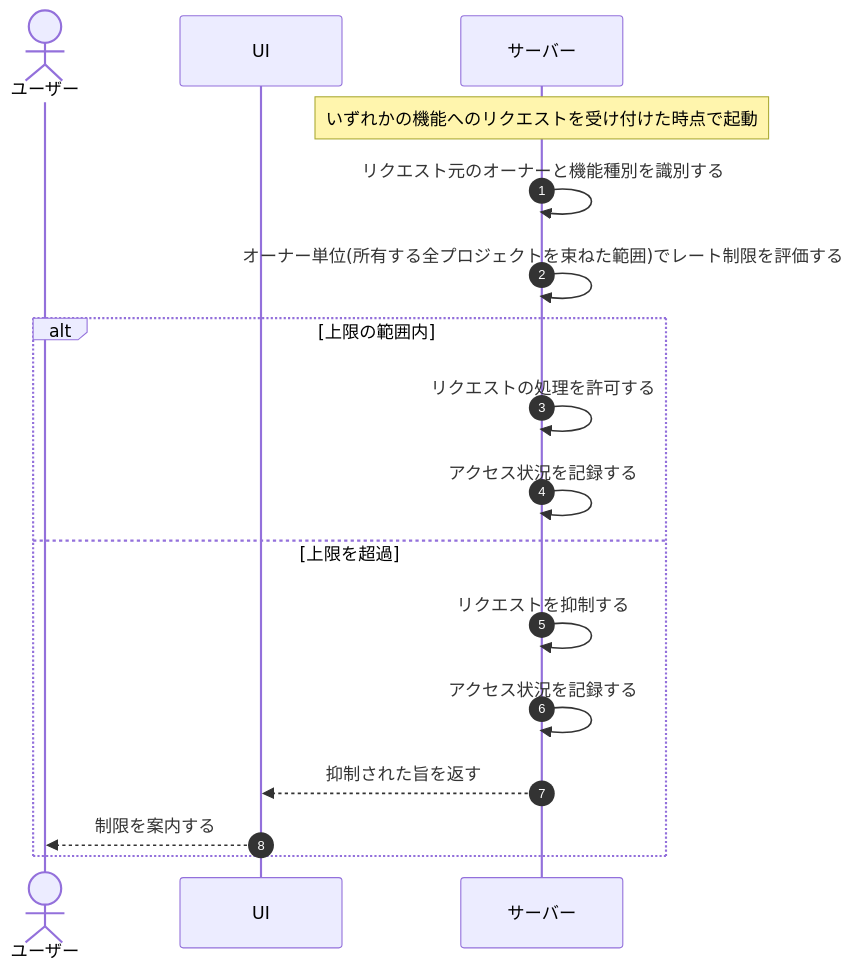
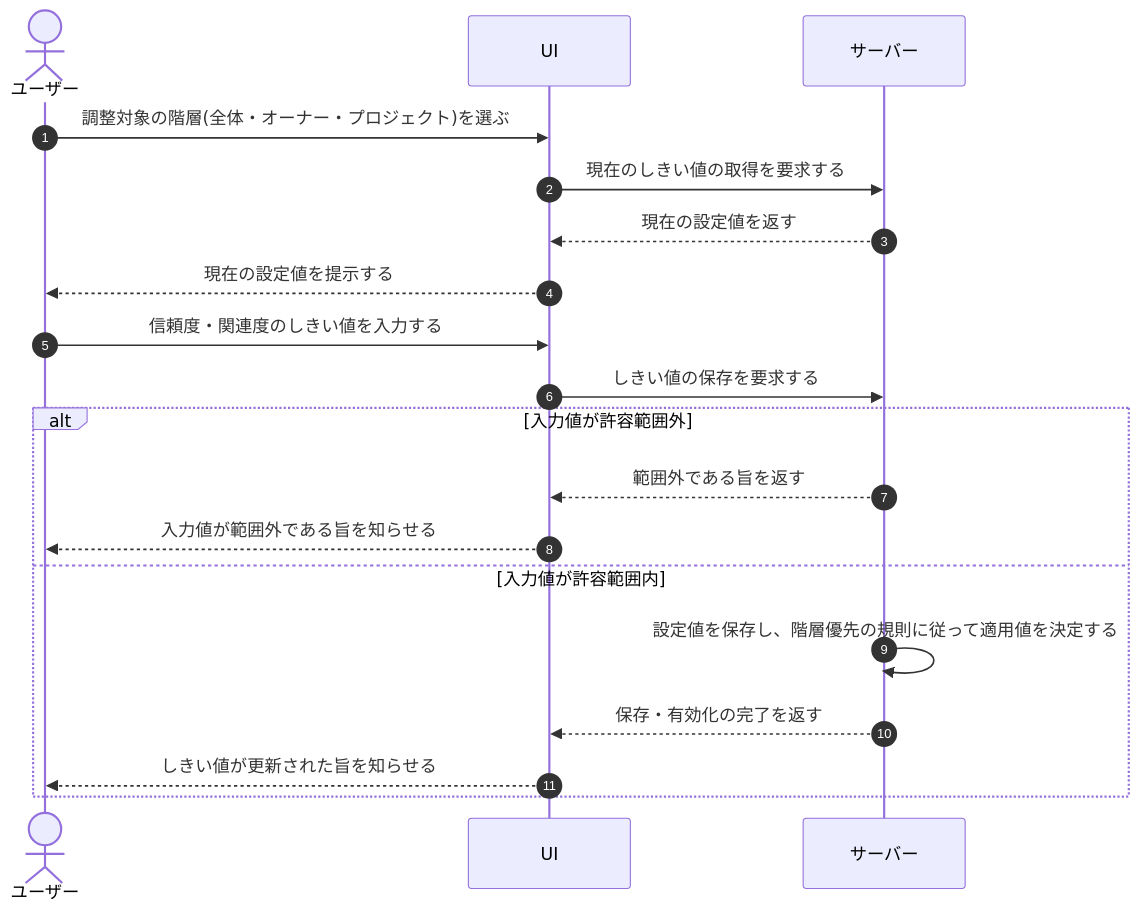
Before and after one commit to sikakou54/open-faq: the diagram in 01_requirements/04_business_usecases/UC-075.md, drawn with Mermaid. The commit also changed other lines of this file and 395 other files, not shown here.

````diff
--- a/01_requirements/04_business_usecases/UC-075.md
+++ b/01_requirements/04_business_usecases/UC-075.md
@@ -26,19 +26,21 @@
 ```mermaid
 sequenceDiagram
   autonumber
   actor U as ユーザー
   participant UI as UI
   participant S as サーバー
-  Note over S: いずれかの機能へのリクエストを受け付けた時点で起動
-  S->>S: リクエスト元のオーナーと機能種別を識別する
-  S->>S: オーナー単位(所有する全プロジェクトを束ねた範囲)でレート制限を評価する
-  alt 上限の範囲内
-    S->>S: リクエストの処理を許可する
-    S->>S: アクセス状況を記録する
-  else 上限を超過
-    S->>S: リクエストを抑制する
-    S->>S: アクセス状況を記録する
-    S-->>UI: 抑制された旨を返す
-    UI-->>U: 制限を案内する
+  U->>UI: 調整対象の階層(全体・オーナー・プロジェクト)を選ぶ
+  UI->>S: 現在のしきい値の取得を要求する
+  S-->>UI: 現在の設定値を返す
+  UI-->>U: 現在の設定値を提示する
+  U->>UI: 信頼度・関連度のしきい値を入力する
+  UI->>S: しきい値の保存を要求する
+  alt 入力値が許容範囲外
+    S-->>UI: 範囲外である旨を返す
+    UI-->>U: 入力値が範囲外である旨を知らせる
+  else 入力値が許容範囲内
+    S->>S: 設定値を保存し、階層優先の規則に従って適用値を決定する
+    S-->>UI: 保存・有効化の完了を返す
+    UI-->>U: しきい値が更新された旨を知らせる
   end
 ```
````
